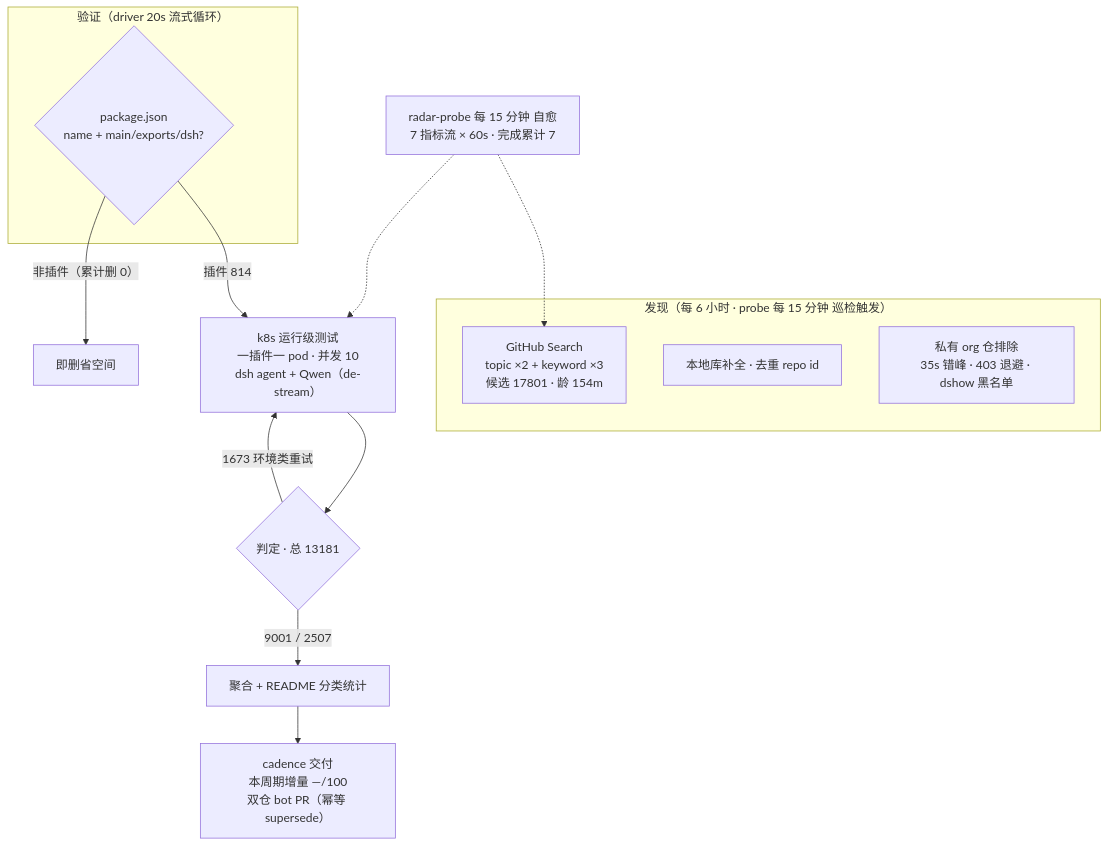
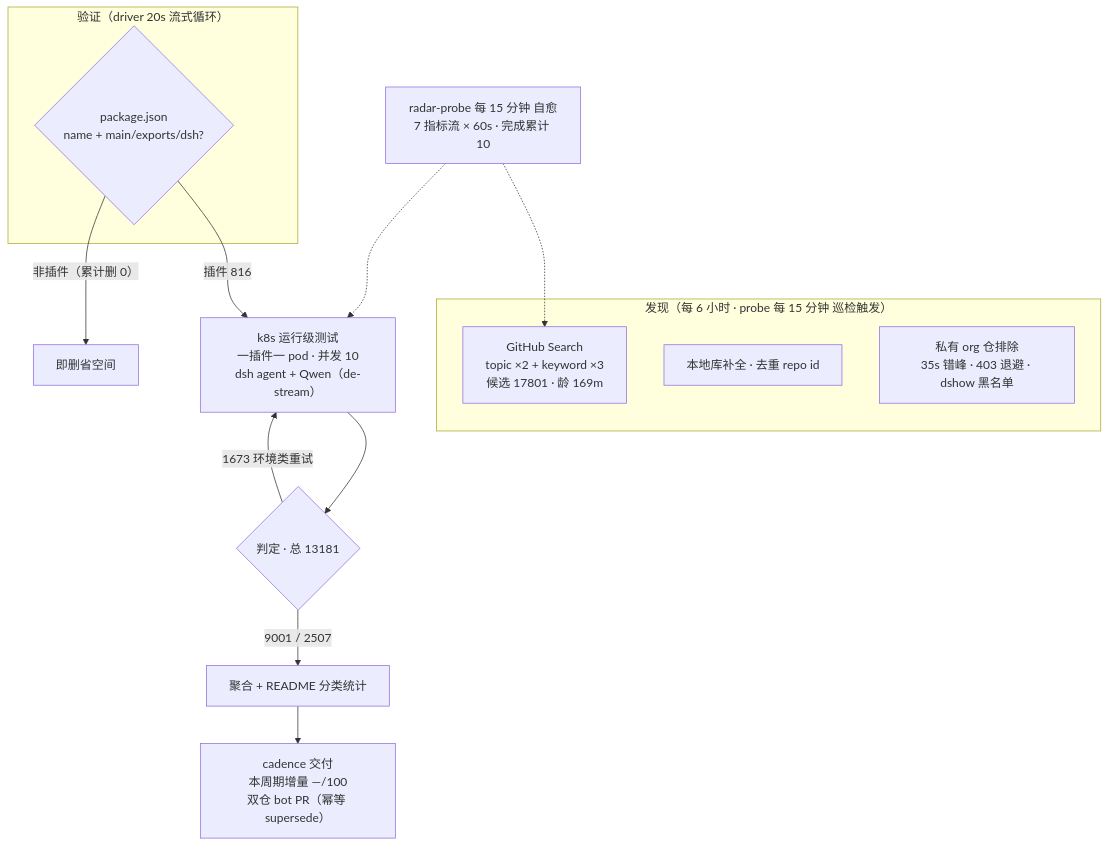
One commit to AdamPlatin123/awesome-dsh-plugins changed the diagram in README.md. Above: the diagram before and after it, drawn with Mermaid. The commit also changed other lines of this file and 5 other files, not shown here.

````diff
--- a/README.md
+++ b/README.md
@@ -52,20 +52,20 @@
 ```mermaid
 flowchart TB
     subgraph Discovery["发现（每 6 小时 · probe 每 15 分钟 巡检触发）"]
-        A1["GitHub Search<br/>topic ×2 + keyword ×3<br/>候选 17801 · 龄 154m"]
+        A1["GitHub Search<br/>topic ×2 + keyword ×3<br/>候选 17801 · 龄 169m"]
         A2["本地库补全 · 去重 repo id"]
         A3["私有 org 仓排除<br/>35s 错峰 · 403 退避 · dshow 黑名单"]
     end
     subgraph Validation["验证（driver 20s 流式循环）"]
         B1{"package.json<br/>name + main/exports/dsh?"}
     end
-    B1 -->|"插件 814"| C1["k8s 运行级测试<br/>一插件一 pod · 并发 10<br/>dsh agent + Qwen（de-stream）"]
+    B1 -->|"插件 816"| C1["k8s 运行级测试<br/>一插件一 pod · 并发 10<br/>dsh agent + Qwen（de-stream）"]
     B1 -->|"非插件（累计删 0）"| B3["即删省空间"]
     C1 --> D1{"判定 · 总 13181"}
     D1 -->|"9001 / 2507"| E1["聚合 + README 分类统计"]
     D1 -->|"1673 环境类重试"| C1
     E1 --> E2["cadence 交付<br/>本周期增量 —/100<br/>双仓 bot PR（幂等 supersede）"]
-    M["radar-probe 每 15 分钟 自愈<br/>7 指标流 × 60s · 完成累计 7"]
+    M["radar-probe 每 15 分钟 自愈<br/>7 指标流 × 60s · 完成累计 10"]
     M -.-> A1
     M -.-> C1
 ```
````
